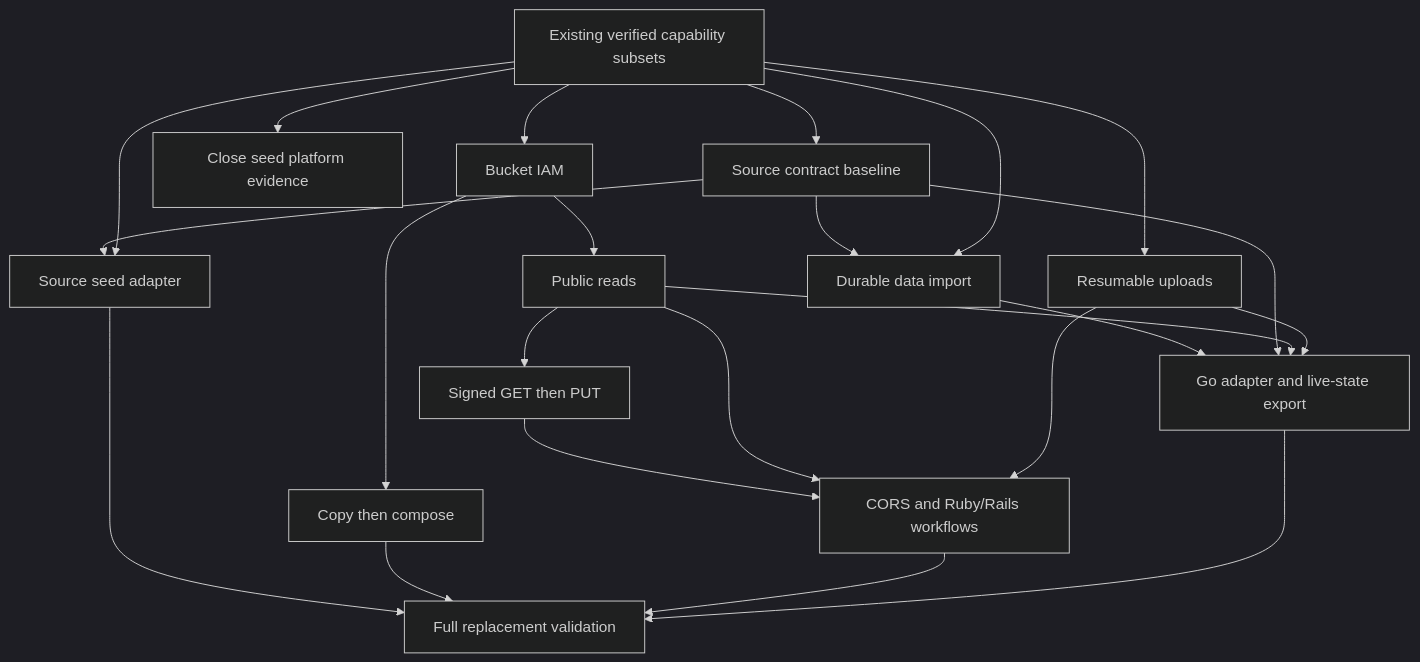
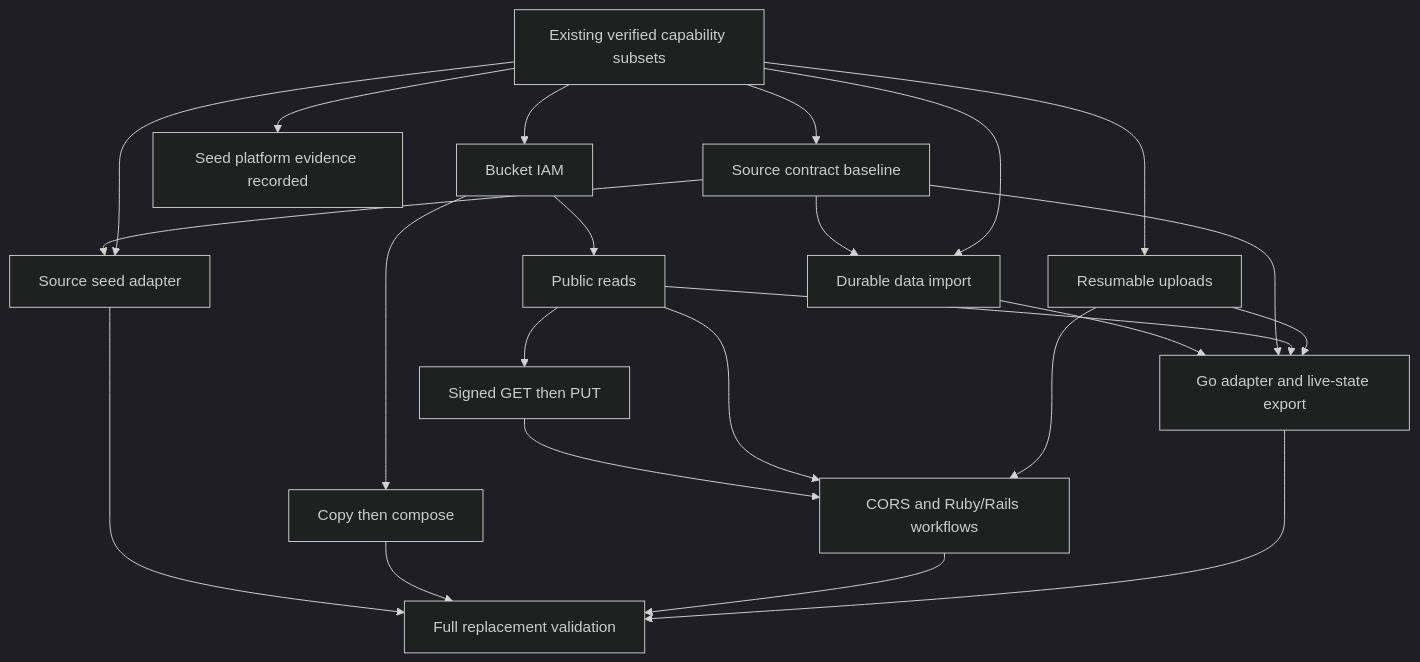
The diagram in docs/en/roadmap.md (shiroemons/gcs-mimic), drawn with Mermaid (dark theme) before and after one commit. The commit also changed other lines of this file and 10 other files, not shown here.

````diff
--- a/docs/en/roadmap.md
+++ b/docs/en/roadmap.md
@@ -136,25 +140,25 @@
 ```mermaid
 flowchart TD
   E[Existing verified capability subsets] --> B[Source contract baseline]
-  E --> S[Close seed platform evidence]
+  E --> S[Seed platform evidence recorded]
   E --> I[Bucket IAM]
   E --> R[Resumable uploads]
   I --> P[Public reads]
   P --> U[Signed GET then PUT]
   I --> C[Copy then compose]
   U --> W[CORS and Ruby/Rails workflows]
   P --> W
   R --> W
   B --> A[Source seed adapter]
   E --> A
   B --> D[Durable data import]
   E --> D
   D --> G[Go adapter and live-state export]
   B --> G
   P --> G
   R --> G
   A --> V[Full replacement validation]
   C --> V
   W --> V
   G --> V
 ```
````
